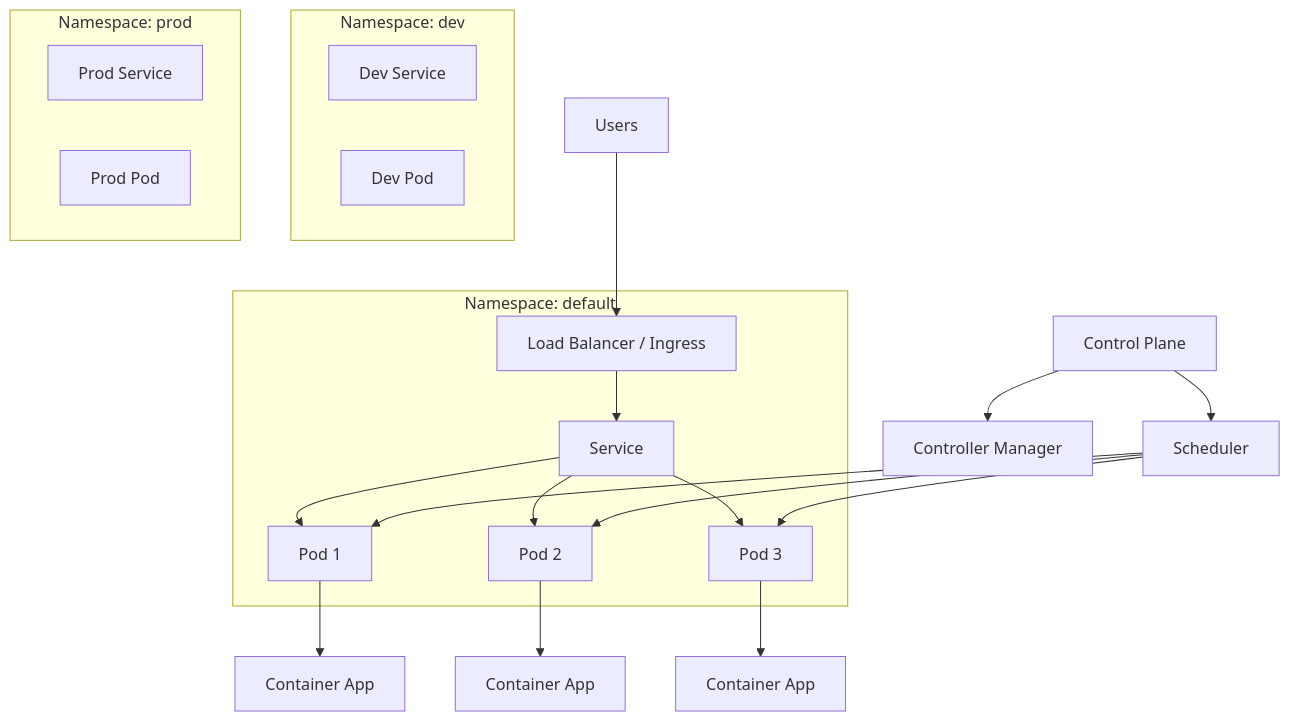
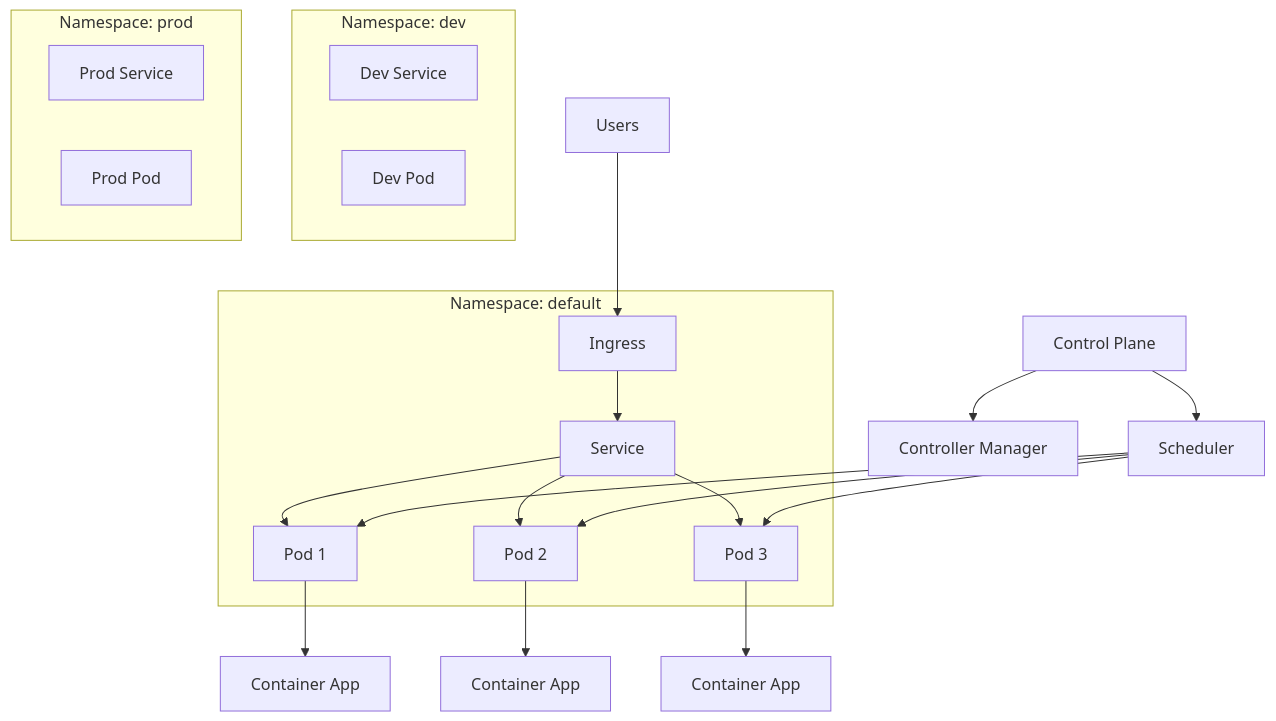
Before and after one commit to PriyanshuKSharma/ApnaCollege: the first of 12 diagrams in Sigma 6.0/Kubernetes/README.md, drawn with Mermaid. The commit also changed other lines of this file, not shown here.

Commit message:
fix: Update diagram and key concept for Ingress in Kubernetes documentation

````diff
--- a/Sigma 6.0/Kubernetes/README.md
+++ b/Sigma 6.0/Kubernetes/README.md
@@ -11,34 +11,34 @@
 ```mermaid
 flowchart TD
-  U[Users] --> LB[Load Balancer / Ingress]
-  LB --> SVC[Service]
+  U[Users] --> I[Ingress]
+  I --> SVC[Service]
   SVC --> P1[Pod 1]
   SVC --> P2[Pod 2]
   SVC --> P3[Pod 3]
   P1 --> C1[Container App]
   P2 --> C2[Container App]
   P3 --> C3[Container App]
   CP[Control Plane] --> SCH[Scheduler]
   CP --> CM[Controller Manager]
   SCH --> P1
   SCH --> P2
   SCH --> P3
 
   subgraph NS1["Namespace: default"]
-    LB
+    I
     SVC
     P1
     P2
     P3
   end
 
   subgraph NS2["Namespace: dev"]
     DEV_SVC[Dev Service]
     DEV_POD[Dev Pod]
   end
 
   subgraph NS3["Namespace: prod"]
     PROD_SVC[Prod Service]
     PROD_POD[Prod Pod]
   end
 ```
````
